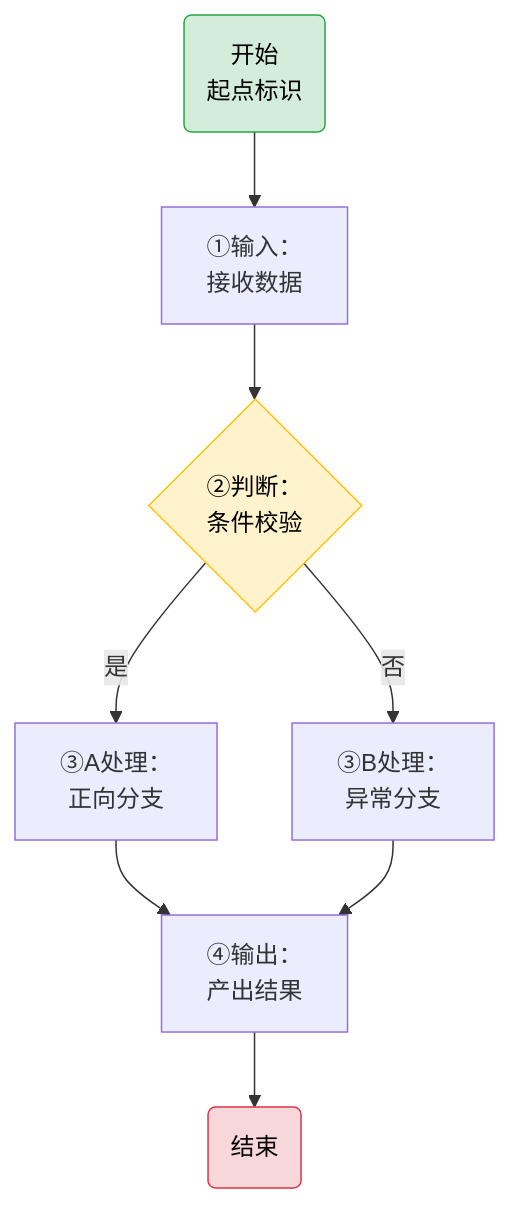
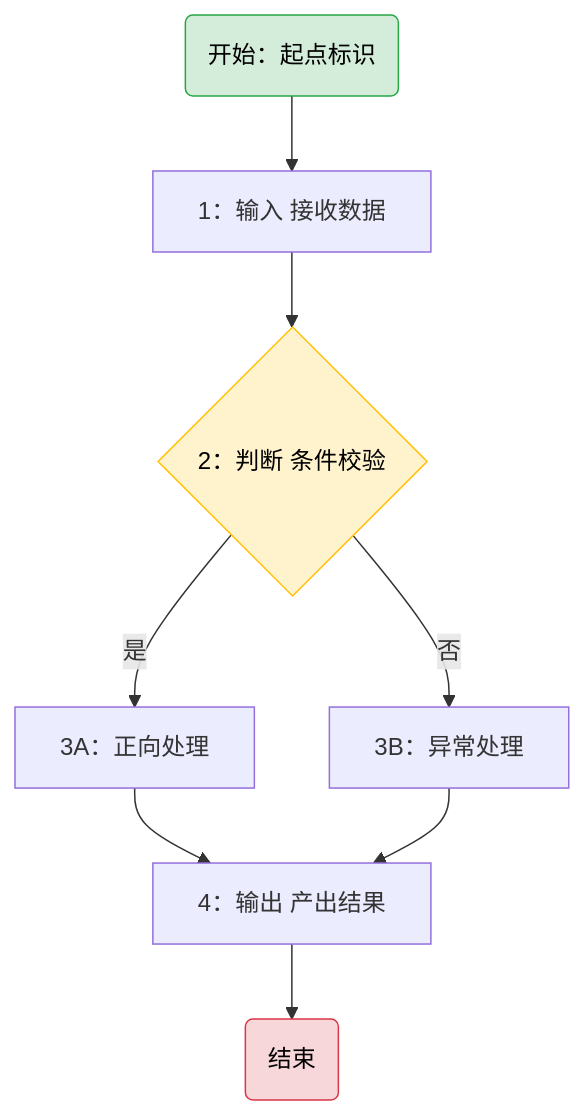
One commit to xinetzone/SpecWeave changed the second of 7 diagrams in docs/knowledge/best-practices/mermaid-guide.md. Above: the diagram before and after it, drawn with Mermaid. The commit also changed other lines of this file and 41 other files, not shown here.

First line of the commit message:
feat(mermaid): CI历史债务ratchet基线门禁与节点文本单行化策略

````diff
--- a/docs/knowledge/best-practices/mermaid-guide.md
+++ b/docs/knowledge/best-practices/mermaid-guide.md
@@ -36,24 +36,24 @@
 ```mermaid
 %% ============================================================
 %% ⚠️ MERMAID 安全编码六规则（填写时对照检查，完成后可删除此段）
 %% ============================================================
 %% ① 禁止空行：代码块内严禁空行（含仅空格的行），空行会导致解析中断
 %% ② 文本加引号：含中文/特殊字符/空格的节点/标签/subgraph标题，一律双引号包裹
 %% ②b避免列表：节点文本内禁止 "数字. 空格"、"- 空格"、"* 空格" 开头
-%% ②c换行用<br/>：节点内换行统一用 <br/>，禁止 \n
+%% ②c保持单行：节点与标签文本用空格分隔，不使用 <br/> 或 \n
 %% ③ Subgraph安全格式：subgraph EN_ID ["中文标题"]，ID为纯英文标识符
 %% ④ 边标签格式：-->|"标签"|目标，中文标签双引号包裹，标签与箭头间无空格
 %% ⑤ 完成后运行：python .agents/scripts/check-mermaid.py --fix 自动检测修复
 %% ============================================================
 flowchart TB
-    START("开始<br/>起点标识") --> INPUT["①输入：<br/>接收数据"]
-    INPUT --> CHECK{"②判断：<br/>条件校验"}
-    CHECK -->|"是"| PROCESS_A["③A处理：<br/>正向分支"]
-    CHECK -->|"否"| PROCESS_B["③B处理：<br/>异常分支"]
-    PROCESS_A --> OUTPUT["④输出：<br/>产出结果"]
+    START("开始：起点标识") --> INPUT["1：输入 接收数据"]
+    INPUT --> CHECK{"2：判断 条件校验"}
+    CHECK -->|"是"| PROCESS_A["3A：正向处理"]
+    CHECK -->|"否"| PROCESS_B["3B：异常处理"]
+    PROCESS_A --> OUTPUT["4：输出 产出结果"]
     PROCESS_B --> OUTPUT
     OUTPUT --> FINISH("结束")
     style START fill:#d4edda,stroke:#28a745,color:#000
     style FINISH fill:#f8d7da,stroke:#dc3545,color:#000
     style CHECK fill:#fff3cd,stroke:#ffc107,color:#000
 ```
````
